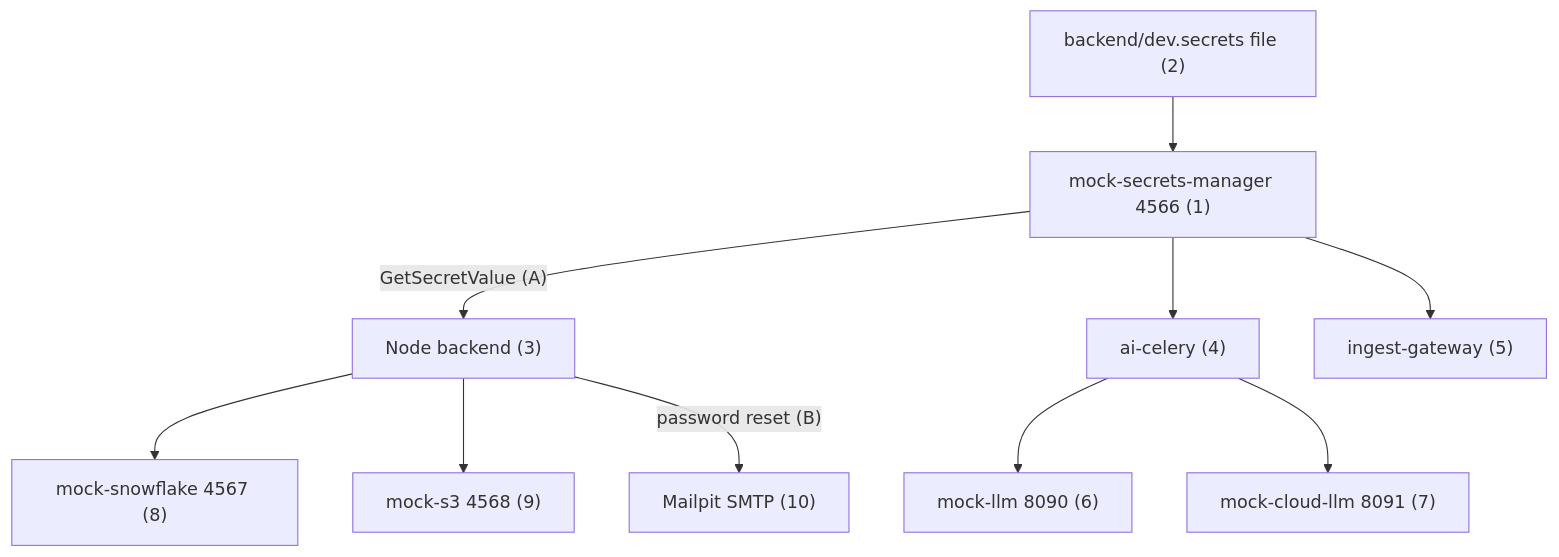
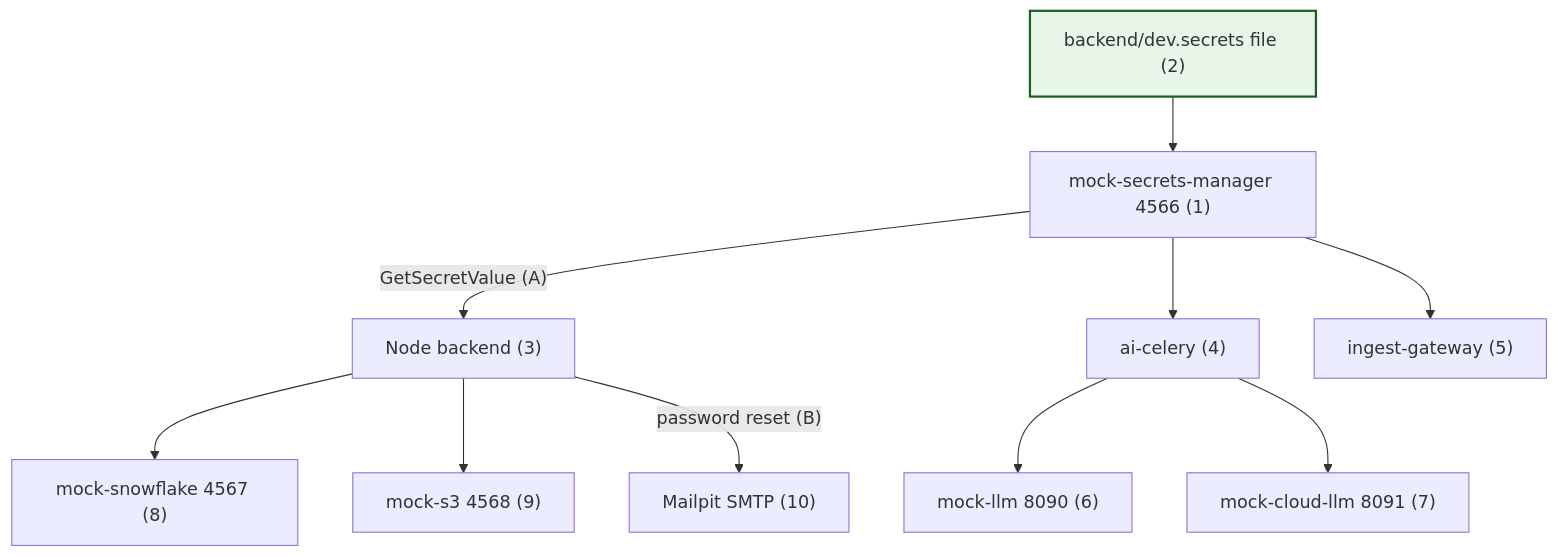
The seventh of 9 diagrams in docs/arch_guide_system_flowchart.md (OferElboher/suspicious-email-triage), drawn with Mermaid before and after one commit. The commit also changed other lines of this file and 20 other files, not shown here.

First line of the commit message:
Fix Django admin login, graph export, and analytics axis labels.

````diff
--- a/docs/arch_guide_system_flowchart.md
+++ b/docs/arch_guide_system_flowchart.md
@@ -435,23 +459,27 @@
 ```mermaid
 flowchart TB
+  classDef flowEntry fill:#e8f5e9,stroke:#1b5e20,stroke-width:2px
+
   SEC["mock-secrets-manager 4566 (1)"]
   DEV["backend/dev.secrets file (2)"]
   N["Node backend (3)"]
   PY["ai-celery (4)"]
   GW["ingest-gateway (5)"]
   MLLM["mock-llm 8090 (6)"]
   MCL["mock-cloud-llm 8091 (7)"]
   MSF["mock-snowflake 4567 (8)"]
   MS3["mock-s3 4568 (9)"]
   MP["Mailpit SMTP (10)"]
 
   DEV --> SEC
   SEC -->|"GetSecretValue (A)"| N
   SEC --> PY
   SEC --> GW
   PY --> MLLM
   PY --> MCL
   N --> MSF
   N --> MS3
   N -->|"password reset (B)"| MP
+
+  class DEV flowEntry
 ```
````
